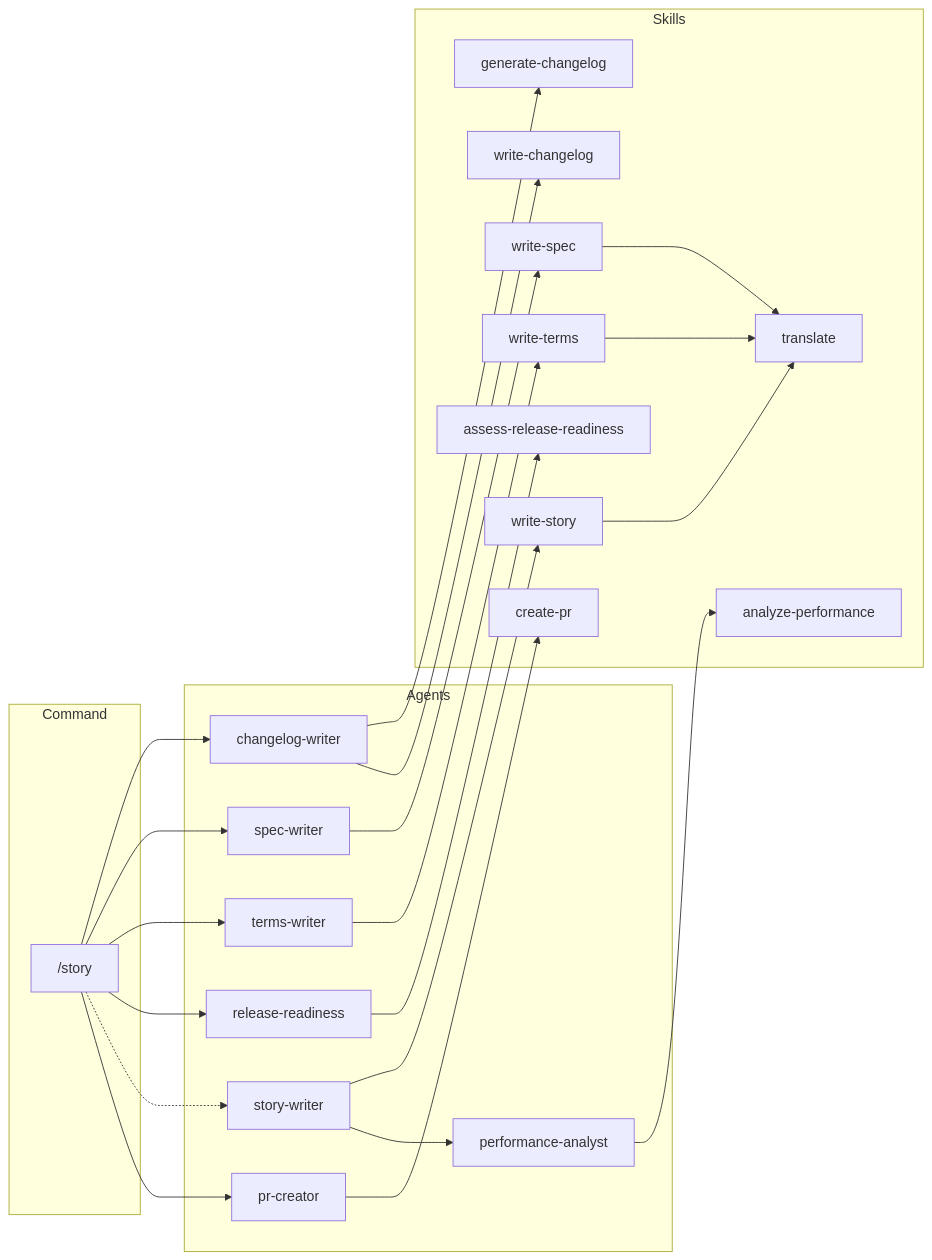
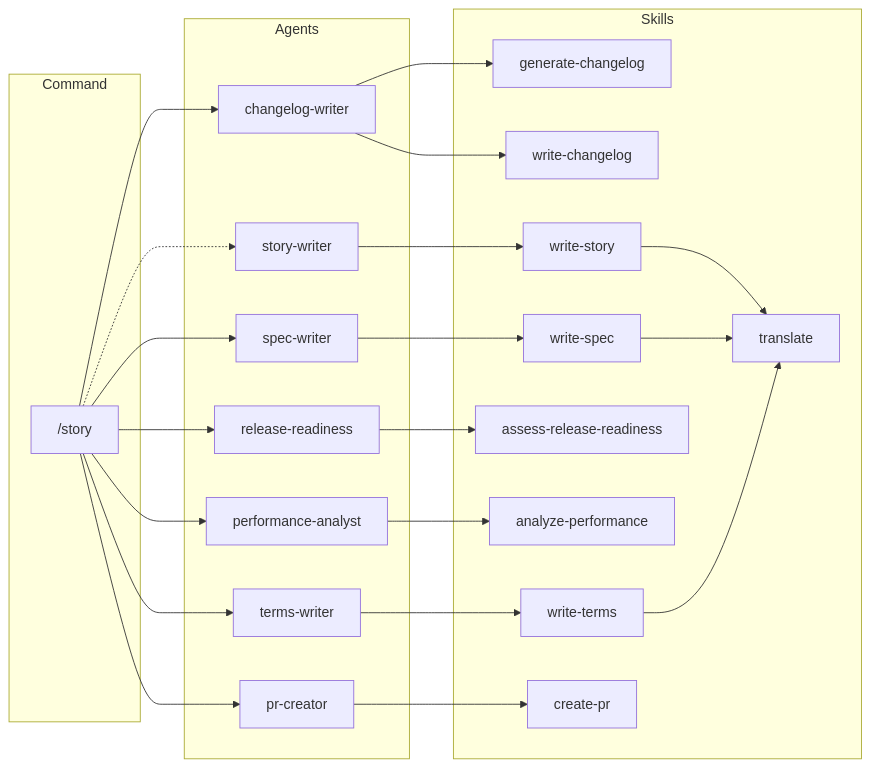
One commit to qmu/workaholic changed the fourth of 6 diagrams in .workaholic/specs/architecture.md. Above: the diagram before and after it, drawn with Mermaid. The commit also changed other lines of this file and 6 other files, not shown here.

First line of the commit message:
Move performance-analyst to Phase 1 parallel execution

````diff
--- a/.workaholic/specs/architecture.md
+++ b/.workaholic/specs/architecture.md
@@ -220,45 +220,45 @@
 ```mermaid
 flowchart LR
     subgraph Command
         story["/story"]
     end
 
     subgraph Agents
         cw[changelog-writer]
         spw[spec-writer]
         tw[terms-writer]
         rr[release-readiness]
+        pa[performance-analyst]
         sw[story-writer]
         pc[pr-creator]
-        pa[performance-analyst]
     end
 
     subgraph Skills
         gc[generate-changelog]
         wc[write-changelog]
         wsp[write-spec]
         wt[write-terms]
         arr[assess-release-readiness]
+        ap[analyze-performance]
         ws[write-story]
         tr[translate]
-        ap[analyze-performance]
         cp[create-pr]
     end
 
-    story --> cw & spw & tw & rr
+    story --> cw & spw & tw & rr & pa
     story -.-> sw
     story --> pc
 
     cw --> gc & wc
     spw --> wsp
     tw --> wt
     rr --> arr
-    sw --> ws & pa
+    pa --> ap
+    sw --> ws
     pc --> cp
-    pa --> ap
 
     %% Skill-to-skill
     ws --> tr
     wsp --> tr
     wt --> tr
 ```
````
